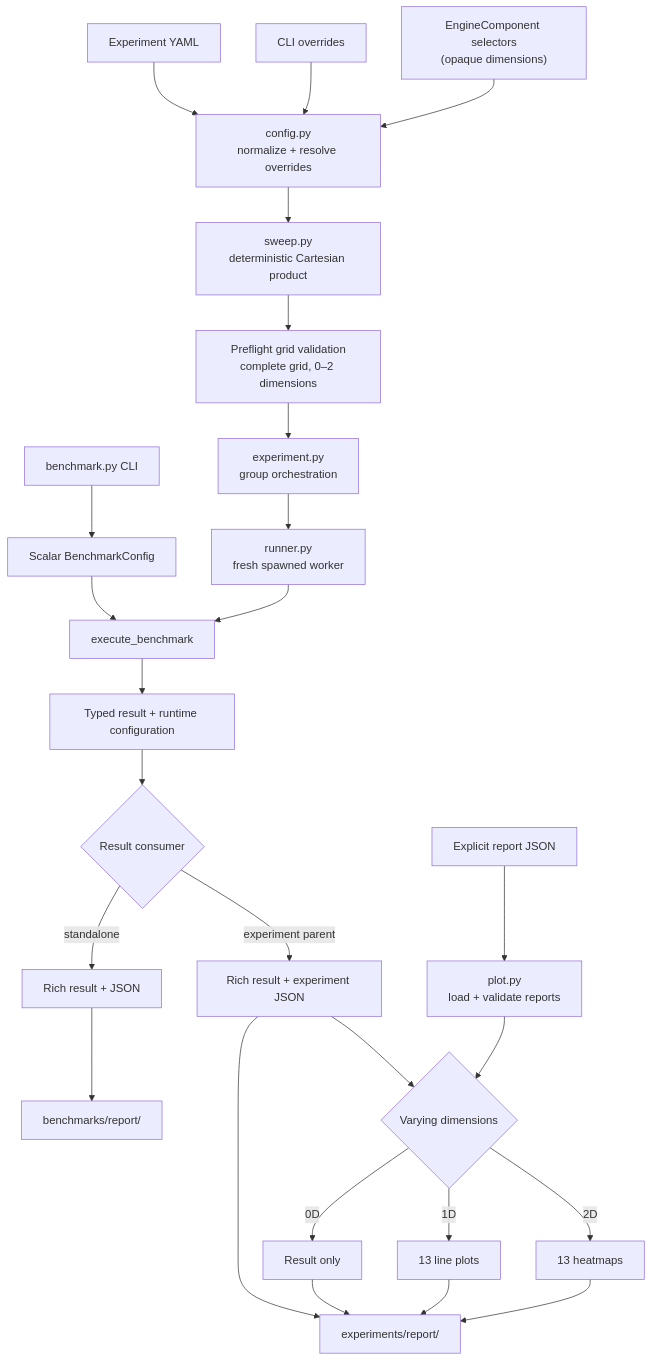
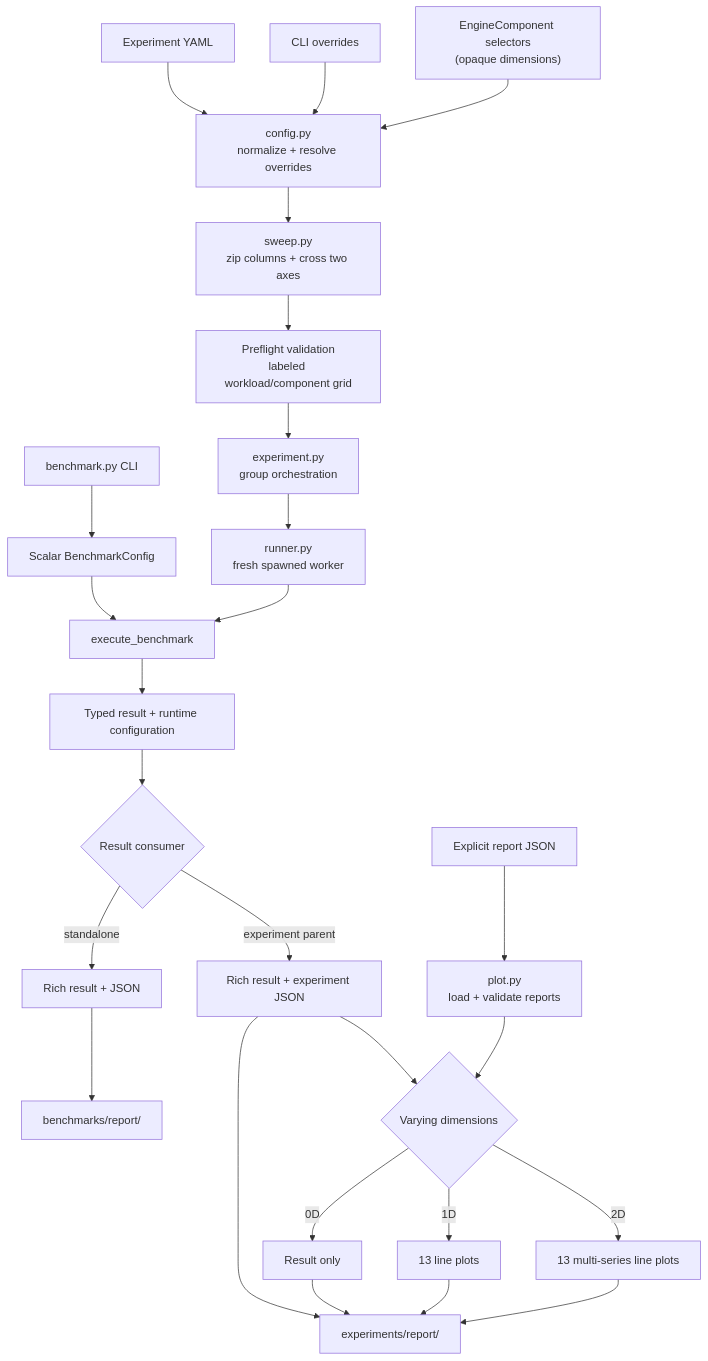
The diagram in README.md (ilsao/ultra-nano-vllm), drawn with Mermaid before and after one commit. The commit also changed other lines of this file and 18 other files, not shown here.

Commit message:
feat: update the experiment configuration schema

````diff
--- a/README.md
+++ b/README.md
@@ -47,28 +47,28 @@
 ```mermaid
 flowchart TD
     BCLI["benchmark.py CLI"] --> SCALAR["Scalar BenchmarkConfig"]
     YAML["Experiment YAML"] --> RESOLVE["config.py<br/>normalize + resolve overrides"]
     OVERRIDE["CLI overrides"] --> RESOLVE
     COMPONENT["EngineComponent selectors<br/>(opaque dimensions)"] --> RESOLVE
-    RESOLVE --> SWEEP["sweep.py<br/>deterministic Cartesian product"]
-    SWEEP --> VALIDATE["Preflight grid validation<br/>complete grid, 0–2 dimensions"]
+    RESOLVE --> SWEEP["sweep.py<br/>zip columns + cross two axes"]
+    SWEEP --> VALIDATE["Preflight validation<br/>labeled workload/component grid"]
     VALIDATE --> ORCHESTRATE["experiment.py<br/>group orchestration"]
     ORCHESTRATE --> SPAWN["runner.py<br/>fresh spawned worker"]
     SCALAR --> EXECUTE["execute_benchmark"]
     SPAWN --> EXECUTE
     EXECUTE --> PAYLOAD["Typed result + runtime configuration"]
     PAYLOAD --> CALLER{"Result consumer"}
     CALLER -->|standalone| BOUTPUT["Rich result + JSON"]
     BOUTPUT --> BREPORT["benchmarks/report/"]
     CALLER -->|experiment parent| EOUTPUT["Rich result + experiment JSON"]
     EOUTPUT --> DISPATCH{"Varying dimensions"}
     DISPATCH -->|0D| RESULT["Result only"]
     DISPATCH -->|1D| LINE["13 line plots"]
-    DISPATCH -->|2D| HEATMAP["13 heatmaps"]
+    DISPATCH -->|2D| MULTILINE["13 multi-series line plots"]
     EOUTPUT --> EREPORT["experiments/report/"]
     RESULT --> EREPORT
     LINE --> EREPORT
-    HEATMAP --> EREPORT
+    MULTILINE --> EREPORT
     JSON["Explicit report JSON"] --> LOAD["plot.py<br/>load + validate reports"]
     LOAD --> DISPATCH
 ```
````
